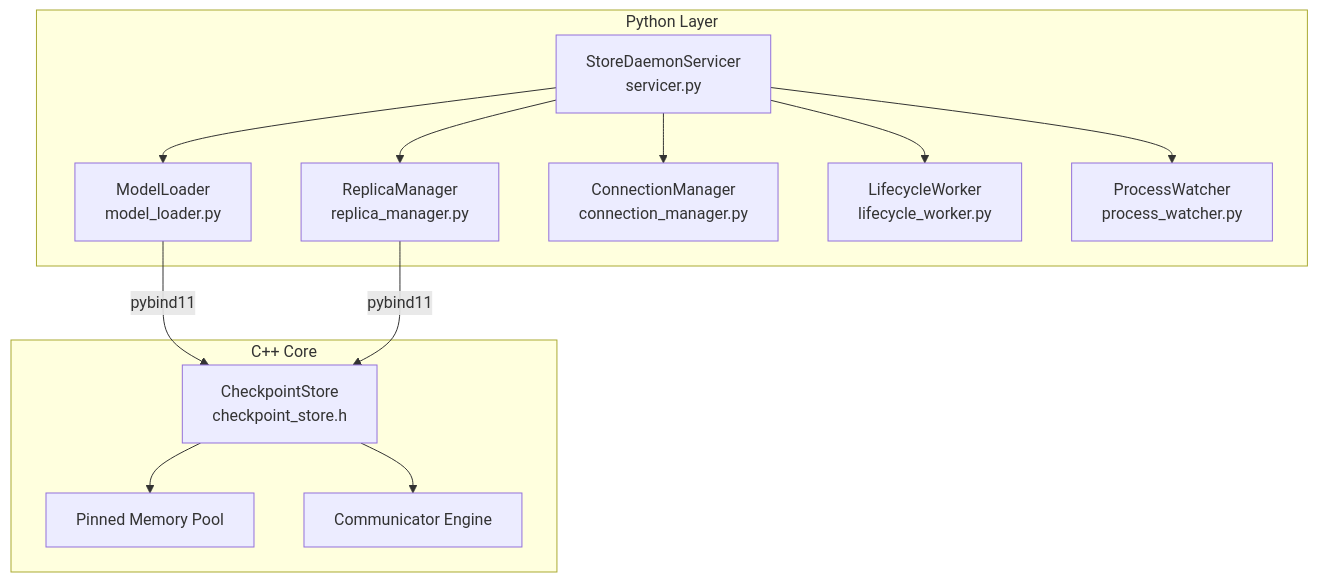
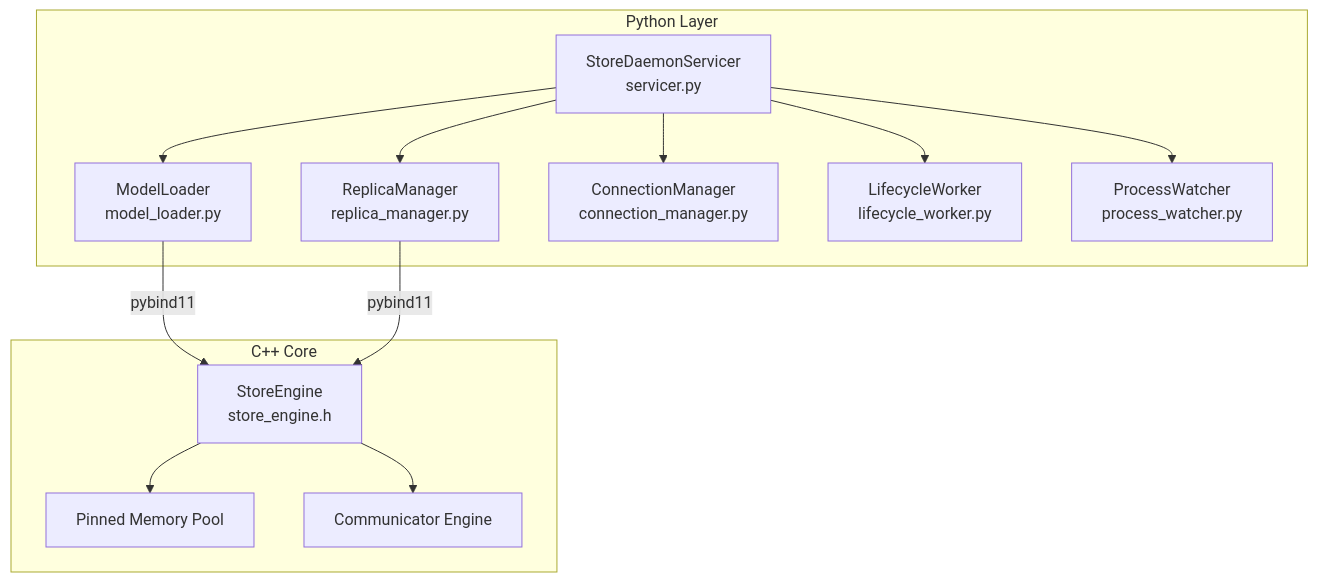
One commit to tensorcast-ai/tensorcast changed the first of 4 diagrams in web-docs/docs/developer-guides/architecture/store-daemon.md. Above: the diagram before and after it, drawn with Mermaid. The commit also changed other lines of this file and 54 other files, not shown here.

Commit message:
refactor: rename CheckpointStore to StoreEngine

````diff
--- a/web-docs/docs/developer-guides/architecture/store-daemon.md
+++ b/web-docs/docs/developer-guides/architecture/store-daemon.md
@@ -15,20 +15,20 @@
 ```mermaid
 graph TD
     subgraph "Python Layer"
         Servicer[StoreDaemonServicer<br/>servicer.py]
         Servicer --> ModelLoader[ModelLoader<br/>model_loader.py]
         Servicer --> ReplicaManager[ReplicaManager<br/>replica_manager.py]
         Servicer --> ConnectionManager[ConnectionManager<br/>connection_manager.py]
         Servicer --> LifecycleWorker[LifecycleWorker<br/>lifecycle_worker.py]
         Servicer --> ProcessWatcher[ProcessWatcher<br/>process_watcher.py]
     end
 
     subgraph "C++ Core"
-        CppCore[CheckpointStore<br/>checkpoint_store.h]
+        CppCore[StoreEngine<br/>store_engine.h]
         CppCore --> PinnedMemPool[Pinned Memory Pool]
         CppCore --> CommEngine[Communicator Engine]
     end
 
     ModelLoader -->|pybind11| CppCore
     ReplicaManager -->|pybind11| CppCore
 ```
````
